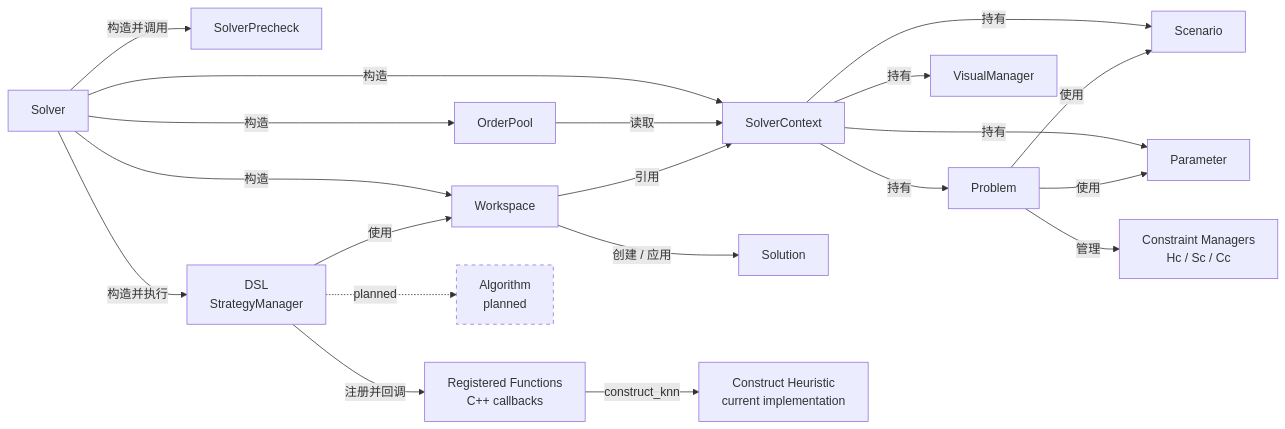
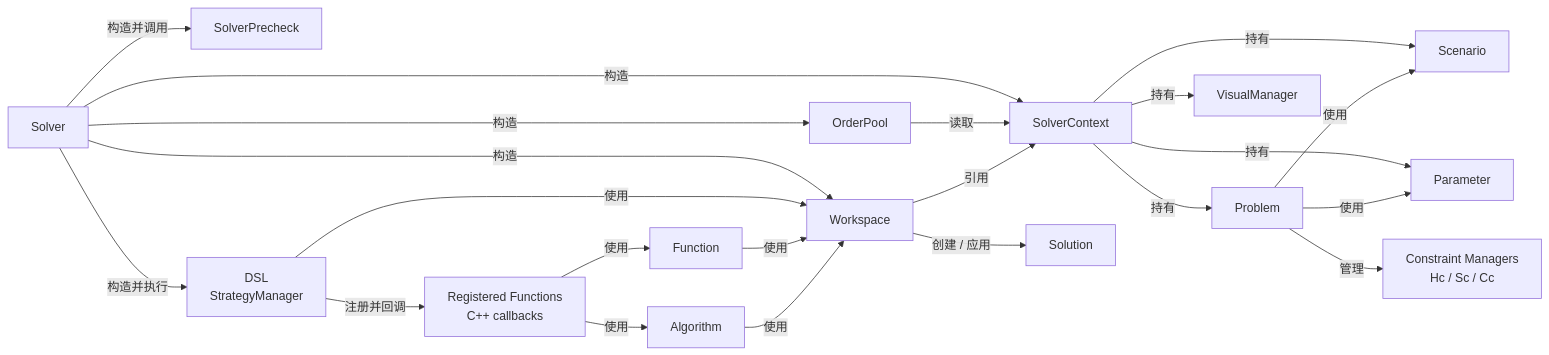
The diagram in docs/framework.md (Hug7/yun), drawn with Mermaid before and after one commit. The commit also changed 5 other files, not shown here.

````diff
--- a/docs/framework.md
+++ b/docs/framework.md
@@ -7,44 +7,46 @@
 ```mermaid
 flowchart LR
-solver[Solver]
-precheck[SolverPrecheck]
-context[SolverContext]
-order_pool[OrderPool]
-workspace[Workspace]
-solution[Solution]
-dsl["DSL<br/>StrategyManager"]
-funcs["Registered Functions<br/>C++ callbacks"]
-algorithm["Algorithm<br/>planned"]:::planned
-construct["Construct Heuristic<br/>current implementation"]
-scenario[Scenario]
-parameter[Parameter]
-problem[Problem]
-constraints["Constraint Managers<br/>Hc / Sc / Cc"]
-visual[VisualManager]
+    solver[Solver]
+    precheck[SolverPrecheck]
+    context[SolverContext]
+    order_pool[OrderPool]
+    workspace[Workspace]
+    solution[Solution]
+    dsl["DSL<br/>StrategyManager"]
+    funcs["Registered Functions<br/>C++ callbacks"]
+    algorithm["Algorithm"]
+    function["Function"]
+    scenario[Scenario]
+    parameter[Parameter]
+    problem[Problem]
+    constraints["Constraint Managers<br/>Hc / Sc / Cc"]
+    visual[VisualManager]
 
-solver -->|构造并调用| precheck
-solver -->|构造| context
-solver -->|构造| order_pool
-solver -->|构造| workspace
-solver -->|构造并执行| dsl
+    solver -->|构造并调用| precheck
+    solver -->|构造| context
+    solver -->|构造| order_pool
+    solver -->|构造| workspace
+    solver -->|构造并执行| dsl
 
-order_pool -->|读取| context
-workspace -->|引用| context
-workspace -->|创建 / 应用| solution
+    order_pool -->|读取| context
+    workspace -->|引用| context
+    workspace -->|创建 / 应用| solution
 
-dsl -->|使用| workspace
-dsl -->|注册并回调| funcs
-funcs -->|construct_knn| construct
-dsl -.->|planned| algorithm
+    dsl -->|使用| workspace
+    dsl -->|注册并回调| funcs
+    funcs -->|使用| function
+    funcs -->|使用| algorithm
+    function -->|使用| workspace
+    algorithm -->|使用| workspace
 
-context -->|持有| scenario
-context -->|持有| parameter
-context -->|持有| problem
-context -->|持有| visual
+    context -->|持有| scenario
+    context -->|持有| parameter
+    context -->|持有| problem
+    context -->|持有| visual
 
-problem -->|使用| scenario
-problem -->|使用| parameter
-problem -->|管理| constraints
+    problem -->|使用| scenario
+    problem -->|使用| parameter
+    problem -->|管理| constraints
 
-classDef planned stroke-dasharray: 5 5
+    classDef planned stroke-dasharray: 5 5
 ```
````
